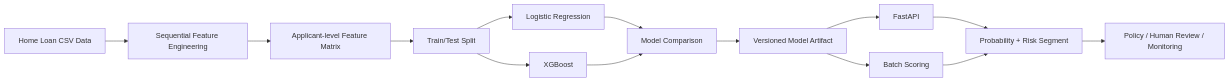
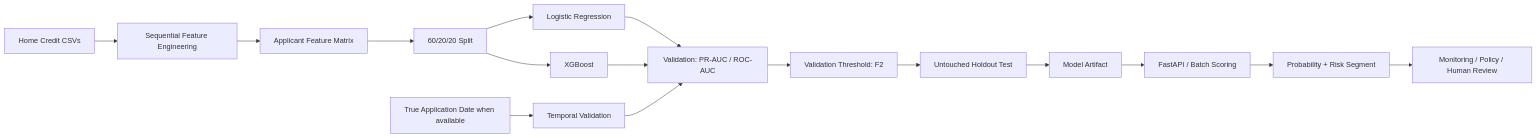
Before and after one commit to rc-mathew/Home_Loan_Default_ML: the diagram in ARCHITECTURE.md, drawn with Mermaid. The commit also changed 7 other files, not shown here.

Commit message:
Add robust evaluation and temporal validation

````diff
--- a/ARCHITECTURE.md
+++ b/ARCHITECTURE.md
@@ -3,16 +3,18 @@
 ```mermaid
 flowchart LR
-    A[Home Loan CSV Data] --> B[Sequential Feature Engineering]
-    B --> C[Applicant-level Feature Matrix]
-    C --> D[Train/Test Split]
-    D --> E[Logistic Regression]
-    D --> F[XGBoost]
-    E --> G[Model Comparison]
-    F --> G
-    G --> H[Versioned Model Artifact]
-    H --> I[FastAPI]
-    H --> J[Batch Scoring]
-    I --> K[Probability + Risk Segment]
-    J --> K
-    K --> L[Policy / Human Review / Monitoring]
+ A[Home Credit CSVs] --> B[Sequential Feature Engineering]
+ B --> C[Applicant Feature Matrix]
+ C --> D[60/20/20 Split]
+ D --> E[Logistic Regression]
+ D --> F[XGBoost]
+ E --> G[Validation: PR-AUC / ROC-AUC]
+ F --> G
+ G --> H[Validation Threshold: F2]
+ H --> I[Untouched Holdout Test]
+ I --> J[Model Artifact]
+ J --> K[FastAPI / Batch Scoring]
+ K --> L[Probability + Risk Segment]
+ L --> M[Monitoring / Policy / Human Review]
+ N[True Application Date when available] --> O[Temporal Validation]
+ O --> G
 ```
````
